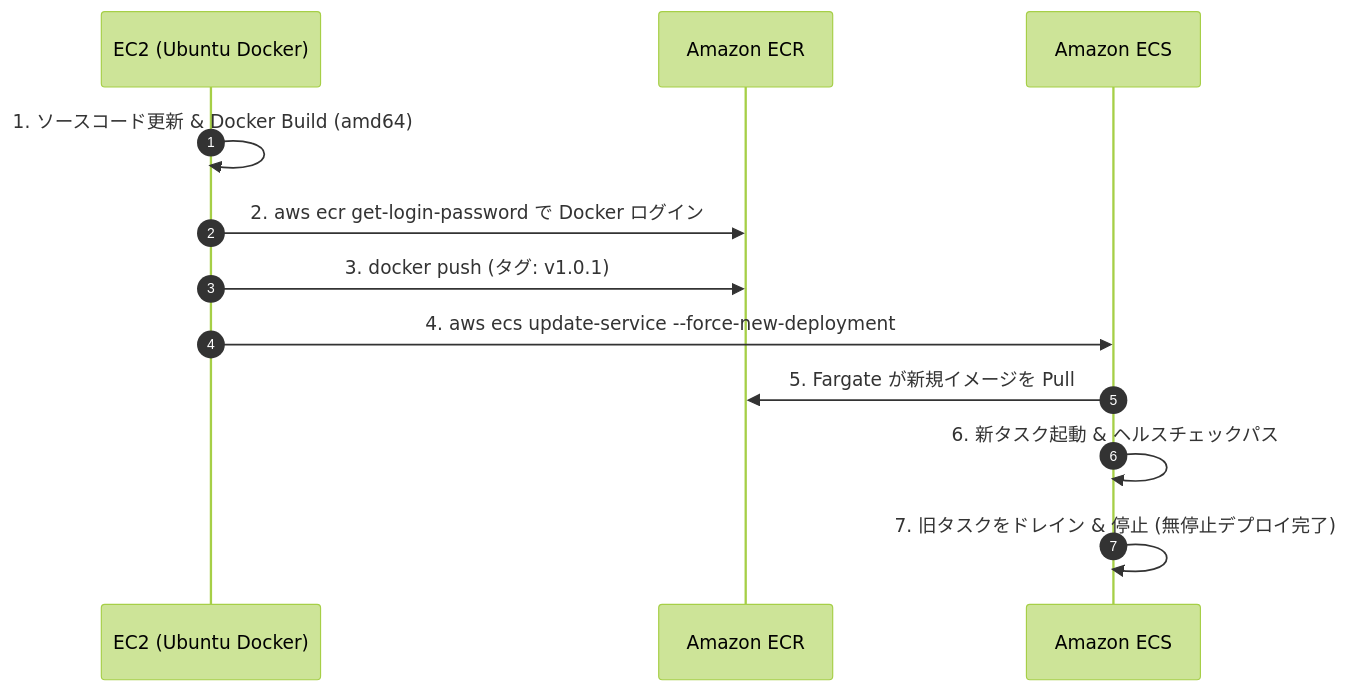
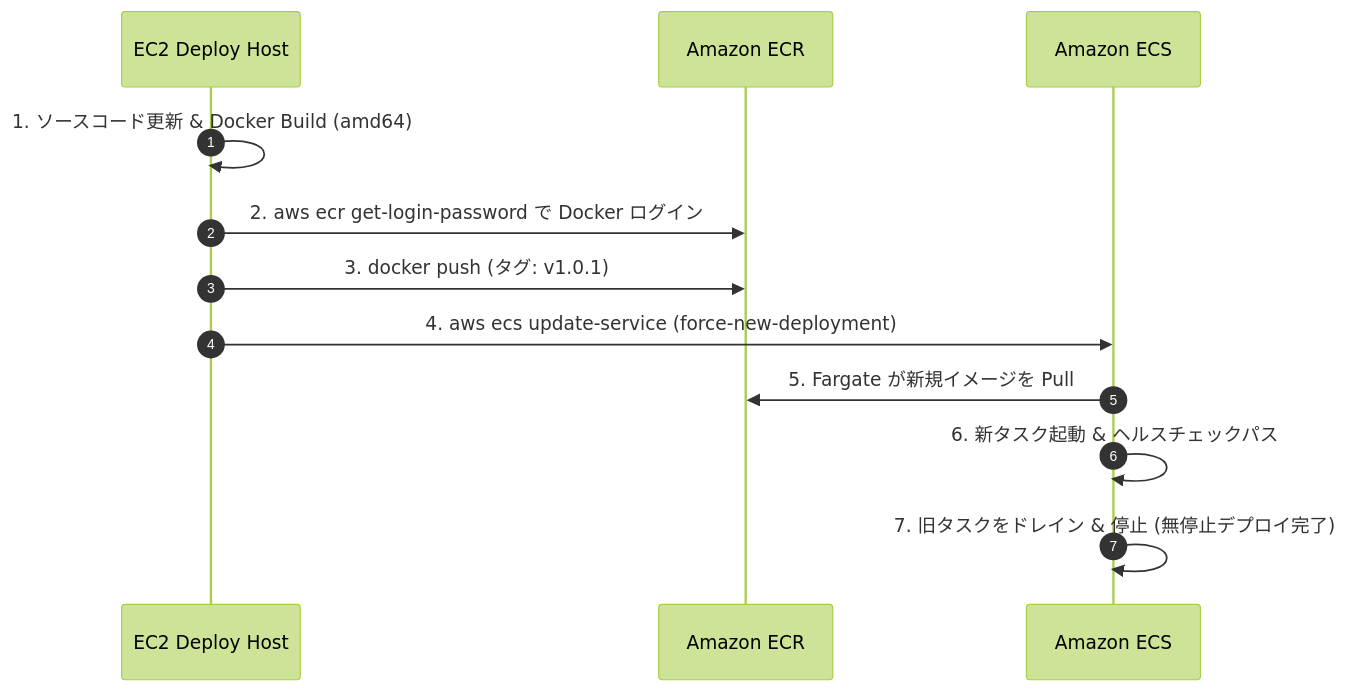
Before and after one commit to hide104y/markdown: the ninth of 17 diagrams in AWS：ECS.md, drawn with Mermaid (forest theme). The commit also changed other lines of this file, not shown here.

Commit message:
GitHubのMermaidパーサーとの互換性考慮（その２）

````diff
--- a/AWS：ECS.md
+++ b/AWS：ECS.md
@@ -1249,15 +1251,15 @@
 ```mermaid
 sequenceDiagram
     autonumber
-    participant EC2 as EC2 (Ubuntu Docker)
+    participant EC2 as EC2 Deploy Host
     participant ECR as Amazon ECR
     participant ECS as Amazon ECS
 
     EC2->>EC2: 1. ソースコード更新 & Docker Build (amd64)
     EC2->>ECR: 2. aws ecr get-login-password で Docker ログイン
     EC2->>ECR: 3. docker push (タグ: v1.0.1)
-    EC2->>ECS: 4. aws ecs update-service --force-new-deployment
+    EC2->>ECS: 4. aws ecs update-service (force-new-deployment)
     ECS->>ECR: 5. Fargate が新規イメージを Pull
     ECS->>ECS: 6. 新タスク起動 & ヘルスチェックパス
     ECS->>ECS: 7. 旧タスクをドレイン & 停止 (無停止デプロイ完了)
 ```
````
